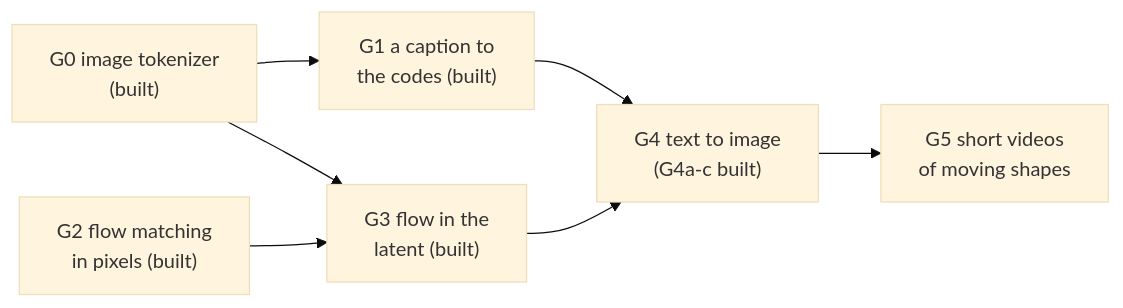
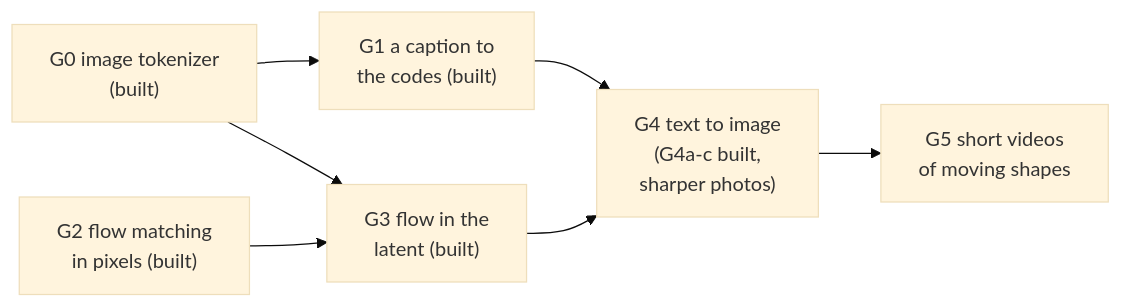
One commit to kunwarmahen/aksharallm changed the first of 11 diagrams in docs/26-pictures.md. Above: the diagram before and after it, drawn with Mermaid (base theme). The commit also changed other lines of this file and 14 other files, not shown here.

````diff
--- a/docs/26-pictures.md
+++ b/docs/26-pictures.md
@@ -24,9 +25,9 @@
 ```mermaid
 flowchart LR
     G0["G0 image tokenizer<br/>(built)"] --> G1["G1 a caption to<br/>the codes (built)"]
     G0 --> G3["G3 flow in the<br/>latent (built)"]
     G2["G2 flow matching<br/>in pixels (built)"] --> G3
-    G1 --> G4["G4 text to image<br/>(G4a-c built)"]
+    G1 --> G4["G4 text to image<br/>(G4a-c built,<br/>sharper photos)"]
     G3 --> G4
     G4 --> G5["G5 short videos<br/>of moving shapes"]
 ```
````
